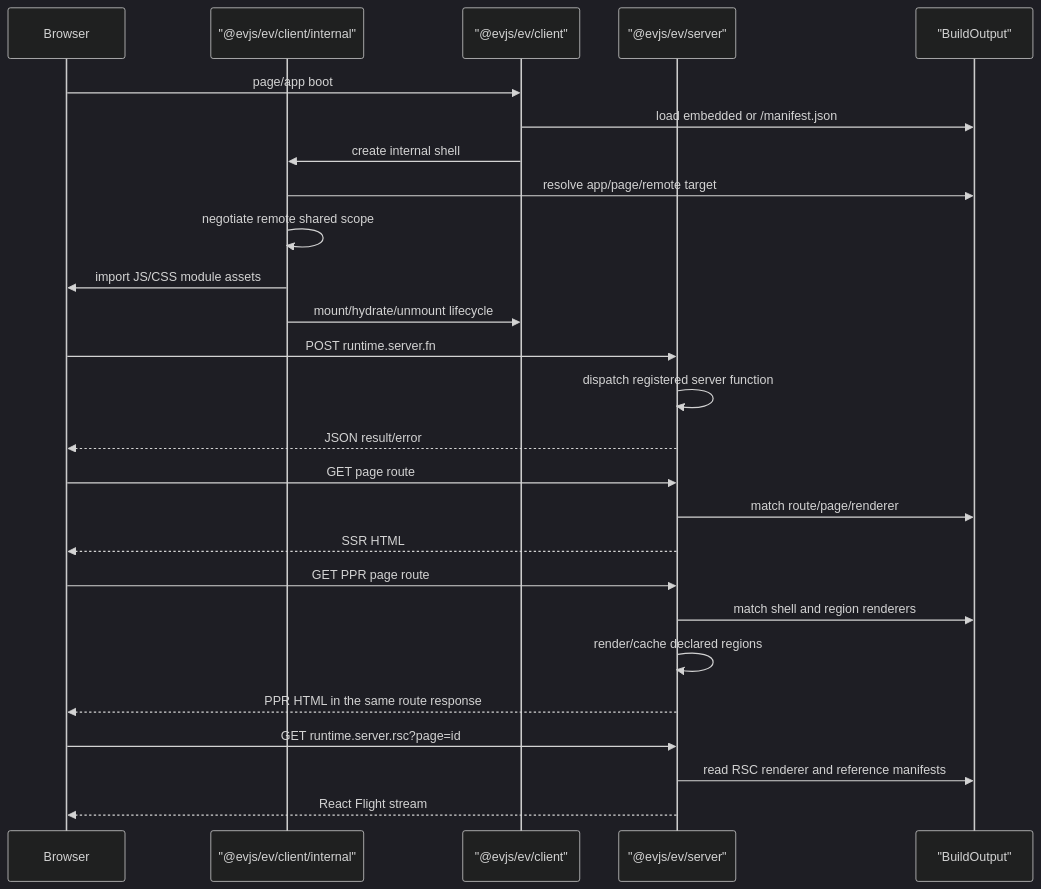
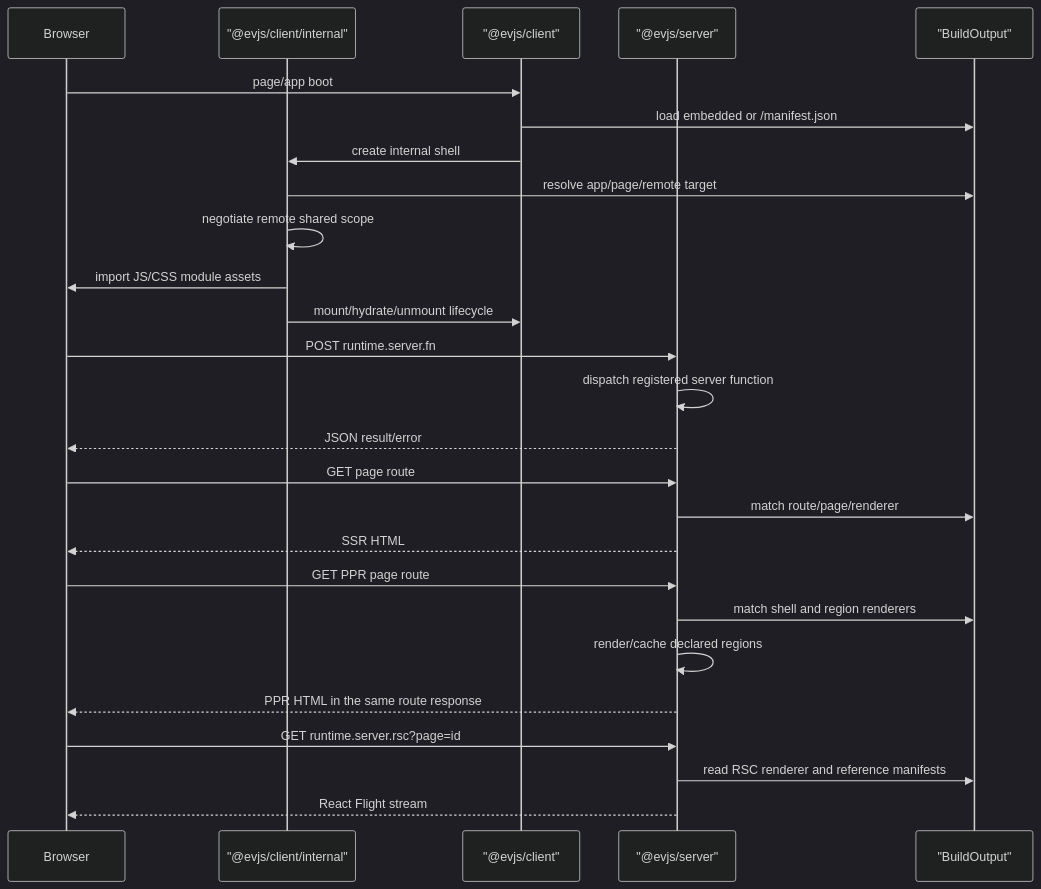
The second of 3 diagrams in docs/docs/architecture.md (afx-team/evjs), drawn with Mermaid (dark theme) before and after one commit. The commit also changed other lines of this file and 112 other files, not shown here.

````diff
--- a/docs/docs/architecture.md
+++ b/docs/docs/architecture.md
@@ -156,33 +155,33 @@
 ```mermaid
 sequenceDiagram
   participant Browser
-  participant Shell as "@evjs/ev/client/internal"
-  participant Runtime as "@evjs/ev/client"
-  participant Server as "@evjs/ev/server"
+  participant Shell as "@evjs/client/internal"
+  participant Runtime as "@evjs/client"
+  participant Server as "@evjs/server"
   participant Manifest as "BuildOutput"
 
   Browser->>Runtime: page/app boot
   Runtime->>Manifest: load embedded or /manifest.json
   Runtime->>Shell: create internal shell
   Shell->>Manifest: resolve app/page/remote target
   Shell->>Shell: negotiate remote shared scope
   Shell->>Browser: import JS/CSS module assets
   Shell->>Runtime: mount/hydrate/unmount lifecycle
 
   Browser->>Server: POST runtime.server.fn
   Server->>Server: dispatch registered server function
   Server-->>Browser: JSON result/error
 
   Browser->>Server: GET page route
   Server->>Manifest: match route/page/renderer
   Server-->>Browser: SSR HTML
 
   Browser->>Server: GET PPR page route
   Server->>Manifest: match shell and region renderers
   Server->>Server: render/cache declared regions
   Server-->>Browser: PPR HTML in the same route response
 
   Browser->>Server: GET runtime.server.rsc?page=id
   Server->>Manifest: read RSC renderer and reference manifests
   Server-->>Browser: React Flight stream
 ```
````
